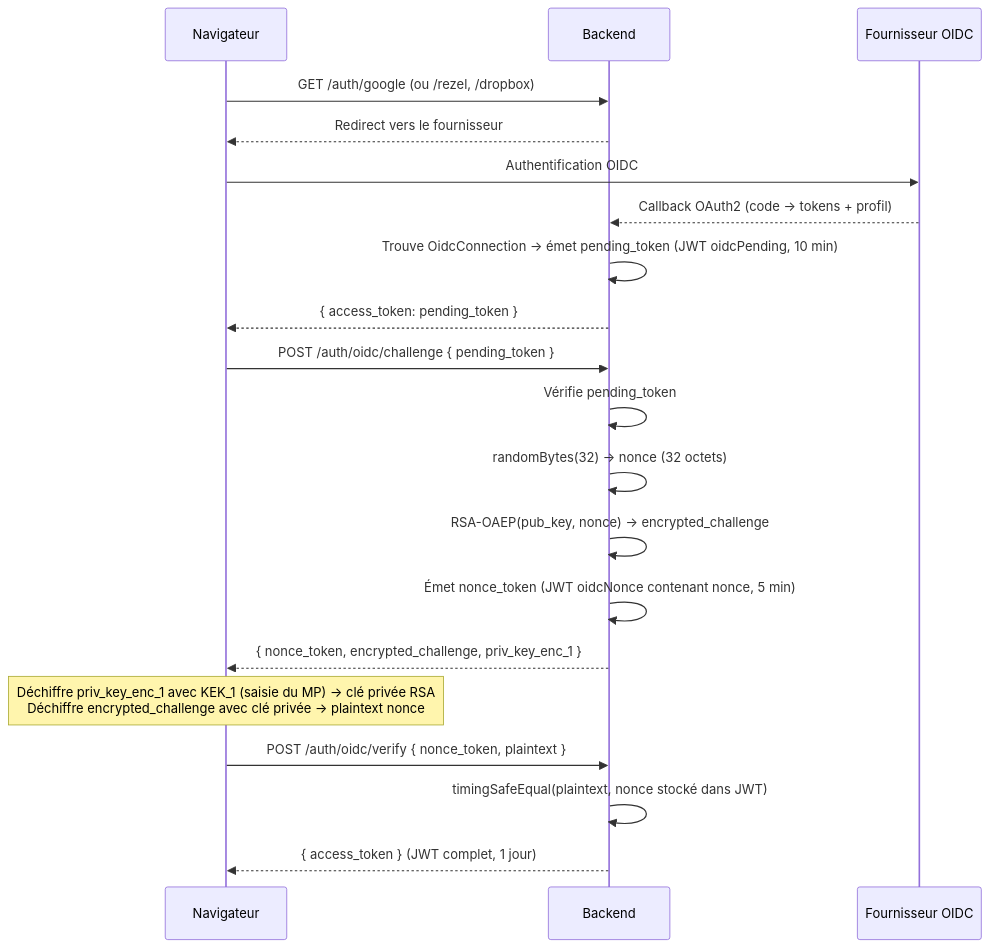
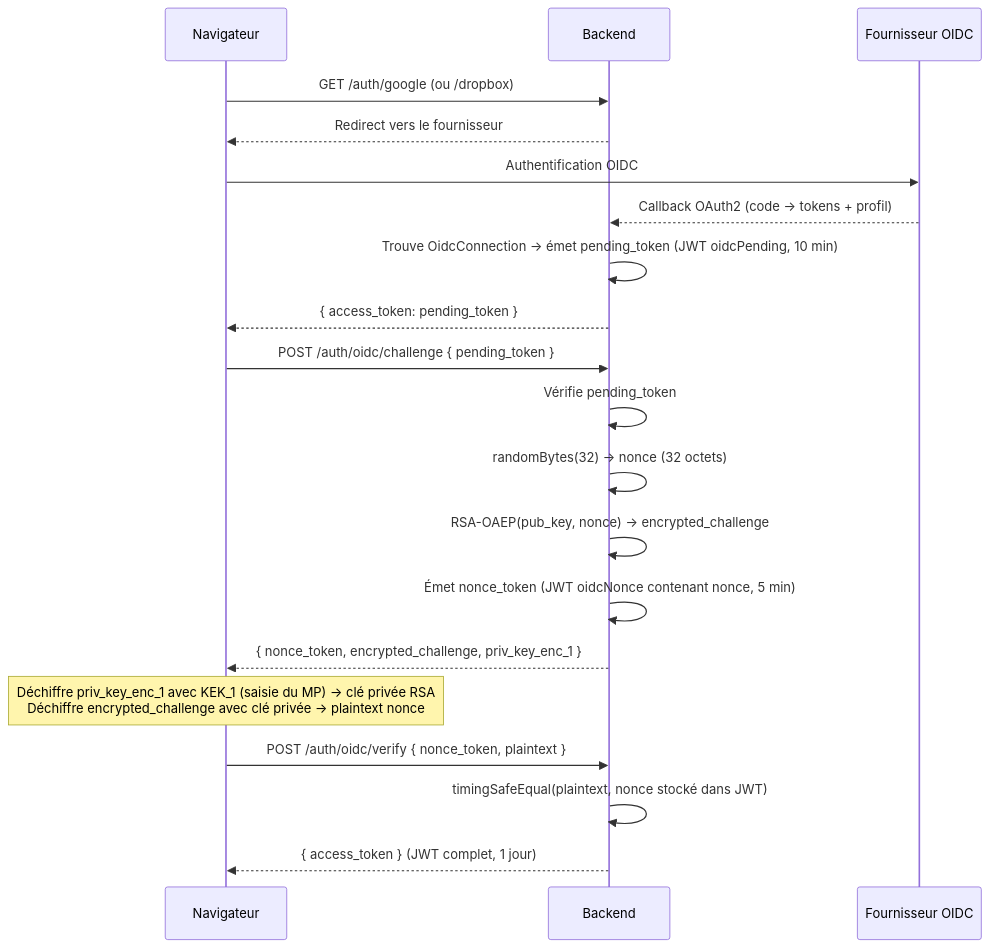
Before and after one commit to blind-storage/back-end: the third of 12 diagrams in doc/crypto-flows.md, drawn with Mermaid. The commit also changed other lines of this file and 3 other files, not shown here.

Commit message:
fix(auth): remove Rezel OIDC flow and update documentation; adjust PKI certificate handling

````diff
--- a/doc/crypto-flows.md
+++ b/doc/crypto-flows.md
@@ -61,25 +65,25 @@
 ```mermaid
 sequenceDiagram
     participant U as Navigateur
     participant B as Backend
     participant P as Fournisseur OIDC
 
-    U->>B: GET /auth/google (ou /rezel, /dropbox)
+    U->>B: GET /auth/google (ou /dropbox)
     B-->>U: Redirect vers le fournisseur
     U->>P: Authentification OIDC
     P-->>B: Callback OAuth2 (code → tokens + profil)
     B->>B: Trouve OidcConnection → émet pending_token (JWT oidcPending, 10 min)
     B-->>U: { access_token: pending_token }
 
     U->>B: POST /auth/oidc/challenge { pending_token }
     B->>B: Vérifie pending_token
     B->>B: randomBytes(32) → nonce (32 octets)
     B->>B: RSA-OAEP(pub_key, nonce) → encrypted_challenge
     B->>B: Émet nonce_token (JWT oidcNonce contenant nonce, 5 min)
     B-->>U: { nonce_token, encrypted_challenge, priv_key_enc_1 }
 
     Note over U: Déchiffre priv_key_enc_1 avec KEK_1 (saisie du MP) → clé privée RSA<br/>Déchiffre encrypted_challenge avec clé privée → plaintext nonce
     U->>B: POST /auth/oidc/verify { nonce_token, plaintext }
     B->>B: timingSafeEqual(plaintext, nonce stocké dans JWT)
     B-->>U: { access_token } (JWT complet, 1 jour)
 ```
````
